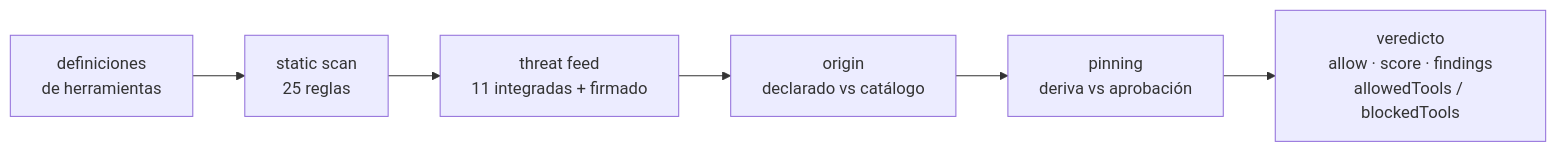
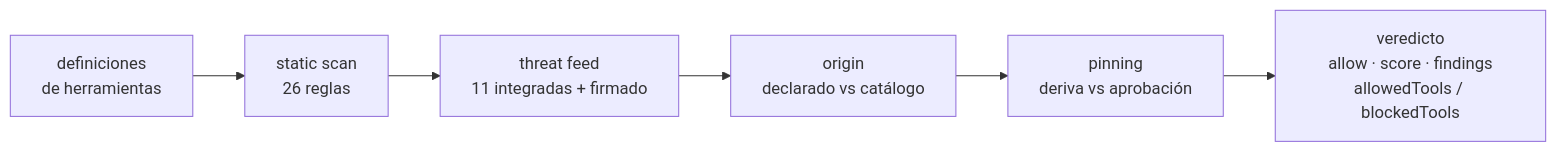
One commit to alexar76/warden changed the diagram in README-es.md. Above: the diagram before and after it, drawn with Mermaid. The commit also changed other lines of this file and 22 other files, not shown here.

````diff
--- a/README-es.md
+++ b/README-es.md
@@ -137,8 +137,8 @@
 ```mermaid
 flowchart LR
-  T["definiciones<br/>de herramientas"] --> S["static scan<br/>25 reglas"]
+  T["definiciones<br/>de herramientas"] --> S["static scan<br/>26 reglas"]
   S --> F["threat feed<br/>11 integradas + firmado"]
   F --> O["origin<br/>declarado vs catálogo"]
   O --> P["pinning<br/>deriva vs aprobación"]
   P --> V["veredicto<br/>allow · score · findings<br/>allowedTools / blockedTools"]
 ```
````
